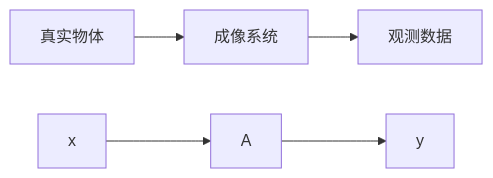
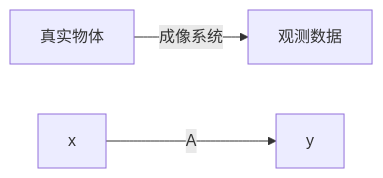
The diagram in resources/mineru/image-engineering_full/full.md (ln2a/IMAGE_ENGINEERING_ECNU), drawn with Mermaid before and after one commit. The commit also changed other lines of this file and 221 other files, not shown here.

````diff
--- a/resources/mineru/image-engineering_full/full.md
+++ b/resources/mineru/image-engineering_full/full.md
@@ -205,7 +360,5 @@
 ```mermaid
 graph LR
-    A["真实物体"] --> B["成像系统"]
-    B --> C["观测数据"]
-    D["x"] --> E["A"]
-    E --> F["y"]
+  A["真实物体"] -->|成像系统| B["观测数据"]
+  C["x"] -->|A| D["y"]
 ```
````
